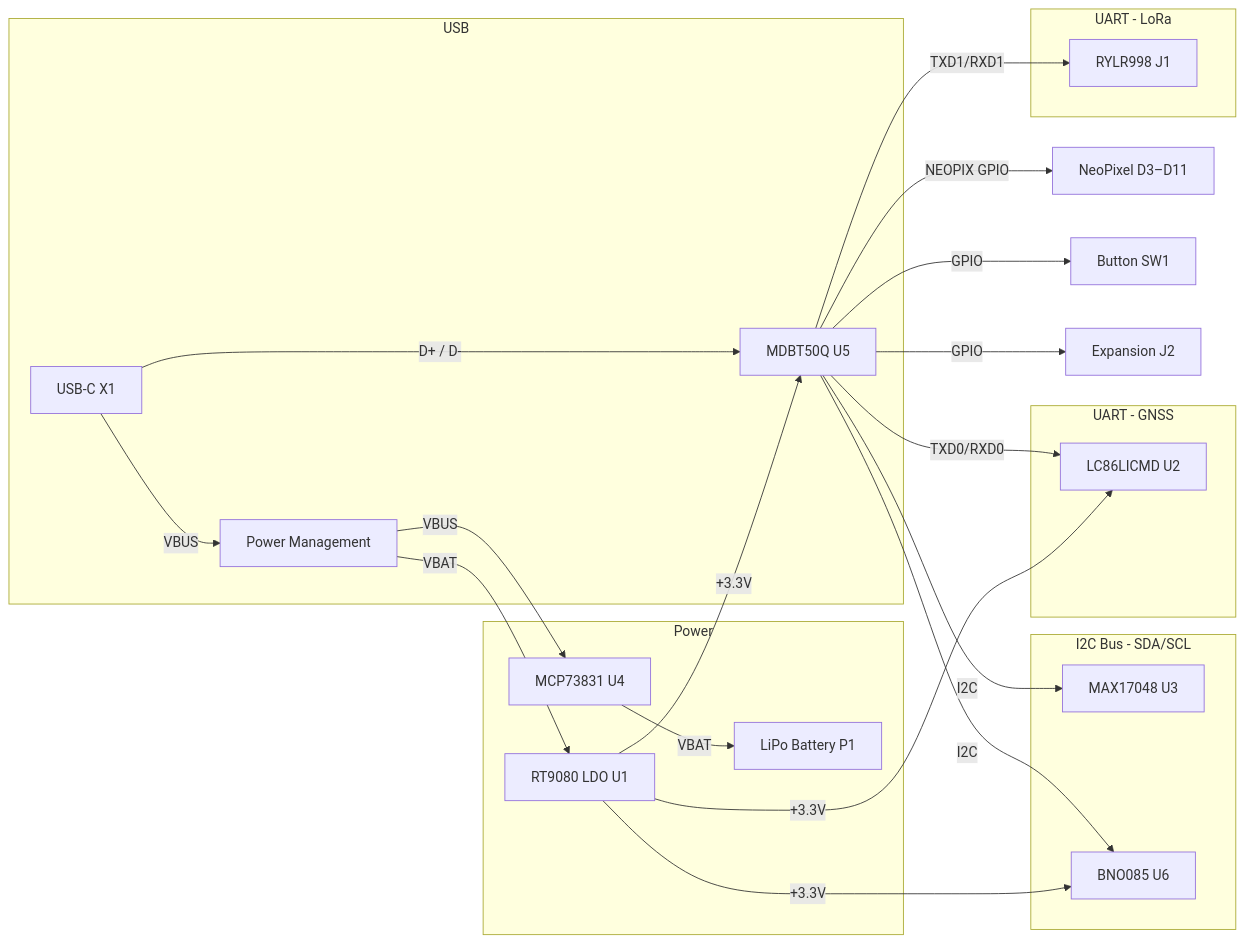
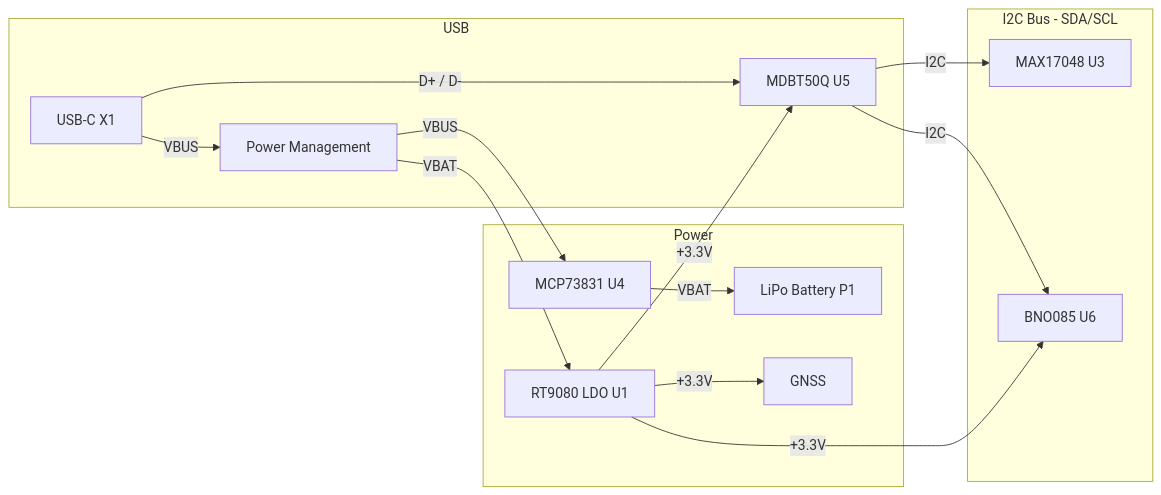
One commit to wildjames/smart_compass changed the diagram in Medallion_Board/board_components.md. Above: the diagram before and after it, drawn with Mermaid. The commit also changed other lines of this file and 12 other files, not shown here.

````diff
--- a/Medallion_Board/board_components.md
+++ b/Medallion_Board/board_components.md
@@ -41,33 +7,21 @@
 ```mermaid
 flowchart LR
     subgraph USB
         USBC[USB-C X1] -->|D+ / D-| MCU[MDBT50Q U5]
         USBC -->|VBUS| PWR[Power Management]
     end
 
     subgraph "I2C_Bus"[I2C Bus - SDA/SCL]
         MCU -->|I2C| FUEL[MAX17048 U3]
         MCU -->|I2C| IMU[BNO085 U6]
     end
 
-    subgraph UART1[UART - GNSS]
-        MCU -->|TXD0/RXD0| GNSS[LC86LICMD U2]
-    end
-
-    subgraph UART2[UART - LoRa]
-        MCU -->|TXD1/RXD1| LORA[RYLR998 J1]
-    end
-
     subgraph Power
         PWR -->|VBUS| CHRG[MCP73831 U4]
         CHRG -->|VBAT| BATTERY[LiPo Battery P1]
         PWR -->|VBAT| VREG[RT9080 LDO U1]
         VREG -->|+3.3V| MCU
         VREG -->|+3.3V| GNSS
         VREG -->|+3.3V| IMU
     end
-
-    MCU -->|NEOPIX GPIO| NEO[NeoPixel D3–D11]
-    MCU -->|GPIO| BTN[Button SW1]
-    MCU -->|GPIO| EXT[Expansion J2]
 ```
````
